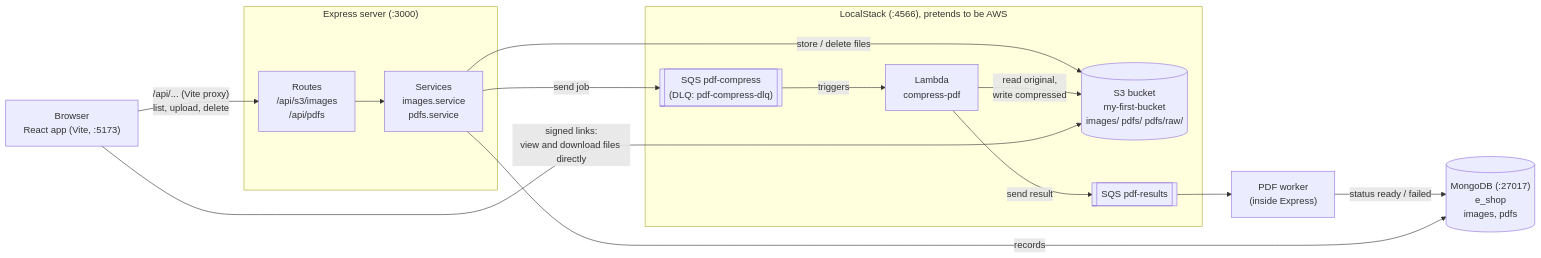
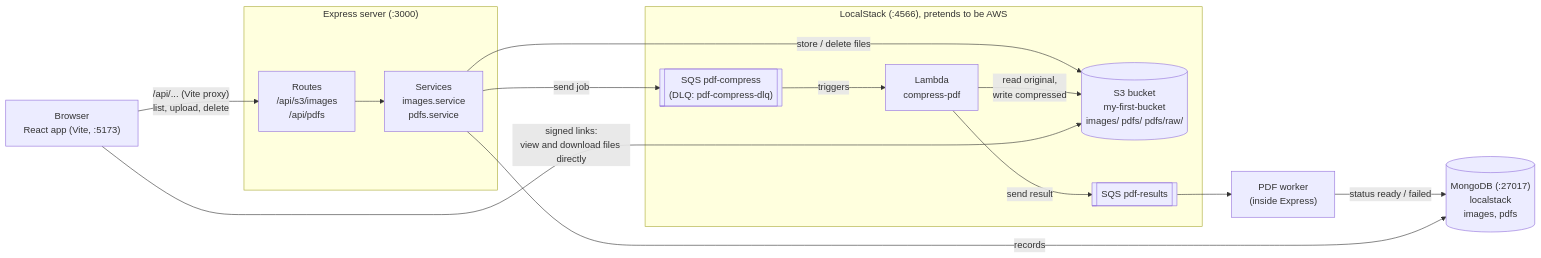
Before and after one commit to kushshah1554/localstack: the first of 4 diagrams in ARCHITECTURE.md, drawn with Mermaid. The commit also changed other lines of this file and 1 other file, not shown here.

Commit message:
fix: update architecture documentation and reliability test results

````diff
--- a/ARCHITECTURE.md
+++ b/ARCHITECTURE.md
@@ -7,31 +7,31 @@
 ```mermaid
 flowchart LR
     Browser["Browser<br/>React app (Vite, :5173)"]
 
     subgraph Server["Express server (:3000)"]
         Routes["Routes<br/>/api/s3/images<br/>/api/pdfs"]
         Services["Services<br/>images.service<br/>pdfs.service"]
         Routes --> Services
     end
 
     subgraph LocalStack["LocalStack (:4566), pretends to be AWS"]
         S3[("S3 bucket<br/>my-first-bucket<br/>images/  pdfs/  pdfs/raw/")]
         Jobs[["SQS pdf-compress<br/>(DLQ: pdf-compress-dlq)"]]
         Lambda["Lambda<br/>compress-pdf"]
         Results[["SQS pdf-results"]]
     end
 
-    Mongo[("MongoDB (:27017)<br/>e_shop<br/>images, pdfs")]
+    Mongo[("MongoDB (:27017)<br/>localstack<br/>images, pdfs")]
     Worker["PDF worker<br/>(inside Express)"]
 
     Browser -- "/api/... (Vite proxy)<br/>list, upload, delete" --> Routes
     Services -- "store / delete files" --> S3
     Services -- "send job" --> Jobs
     Jobs -- "triggers" --> Lambda
     Lambda -- "read original,<br/>write compressed" --> S3
     Lambda -- "send result" --> Results
     Results --> Worker
     Worker -- "status ready / failed" --> Mongo
     Services -- "records" --> Mongo
     Browser -- "signed links:<br/>view and download files directly" --> S3
 ```
````
